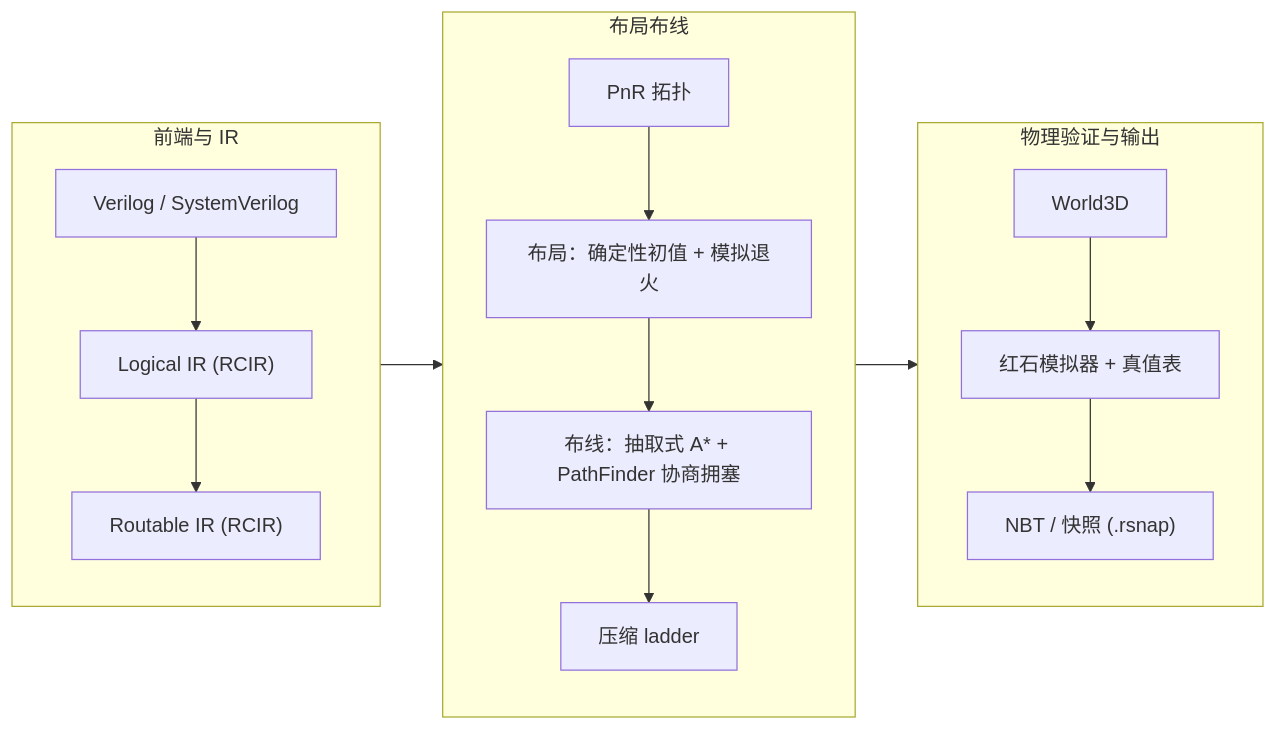
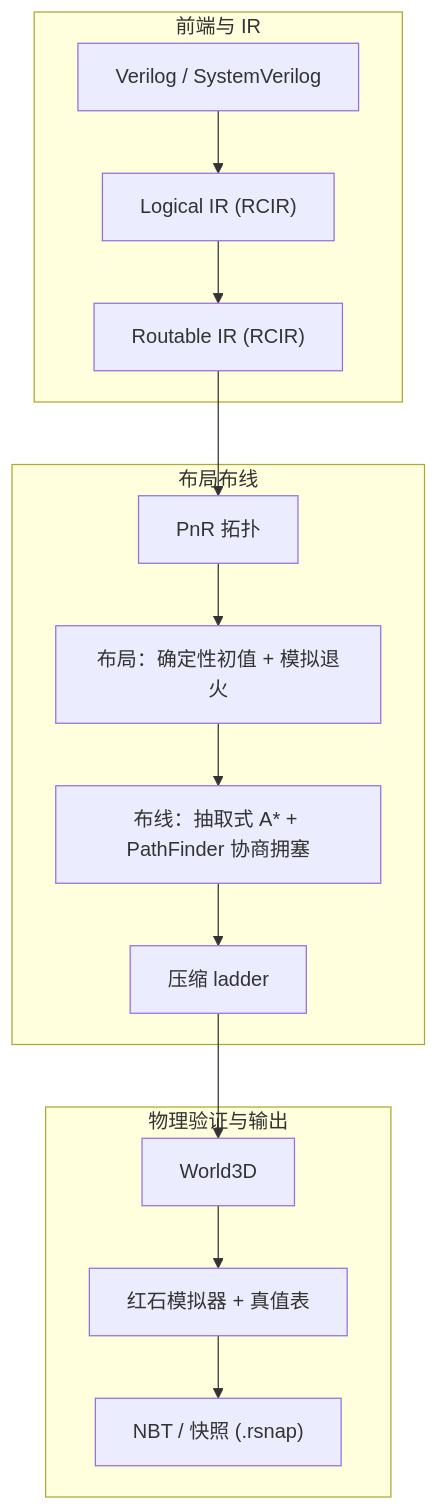
Before and after one commit to MineRealms/RedstoneTranslator: the first of 2 diagrams in README.zh-CN.md, drawn with Mermaid. The commit also changed other lines of this file and 1 other file, not shown here.

First line of the commit message:
Make the README diagrams vertical and document the GPU track

````diff
--- a/README.zh-CN.md
+++ b/README.zh-CN.md
@@ -23,21 +23,18 @@
 ```mermaid
-flowchart LR
+flowchart TD
     subgraph frontend["前端与 IR"]
-        direction TB
         V["Verilog / SystemVerilog"] --> L["Logical IR (RCIR)"]
         L --> R["Routable IR (RCIR)"]
     end
     subgraph pnr["布局布线"]
-        direction TB
         T["PnR 拓扑"] --> P["布局：确定性初值 + 模拟退火"]
         P --> RT["布线：抽取式 A* + PathFinder 协商拥塞"]
         RT --> C["压缩 ladder"]
     end
     subgraph verify["物理验证与输出"]
-        direction TB
         W["World3D"] --> S["红石模拟器 + 真值表"]
         S --> N["NBT / 快照 (.rsnap)"]
     end
     R --> T
     C --> W
 ```
````
